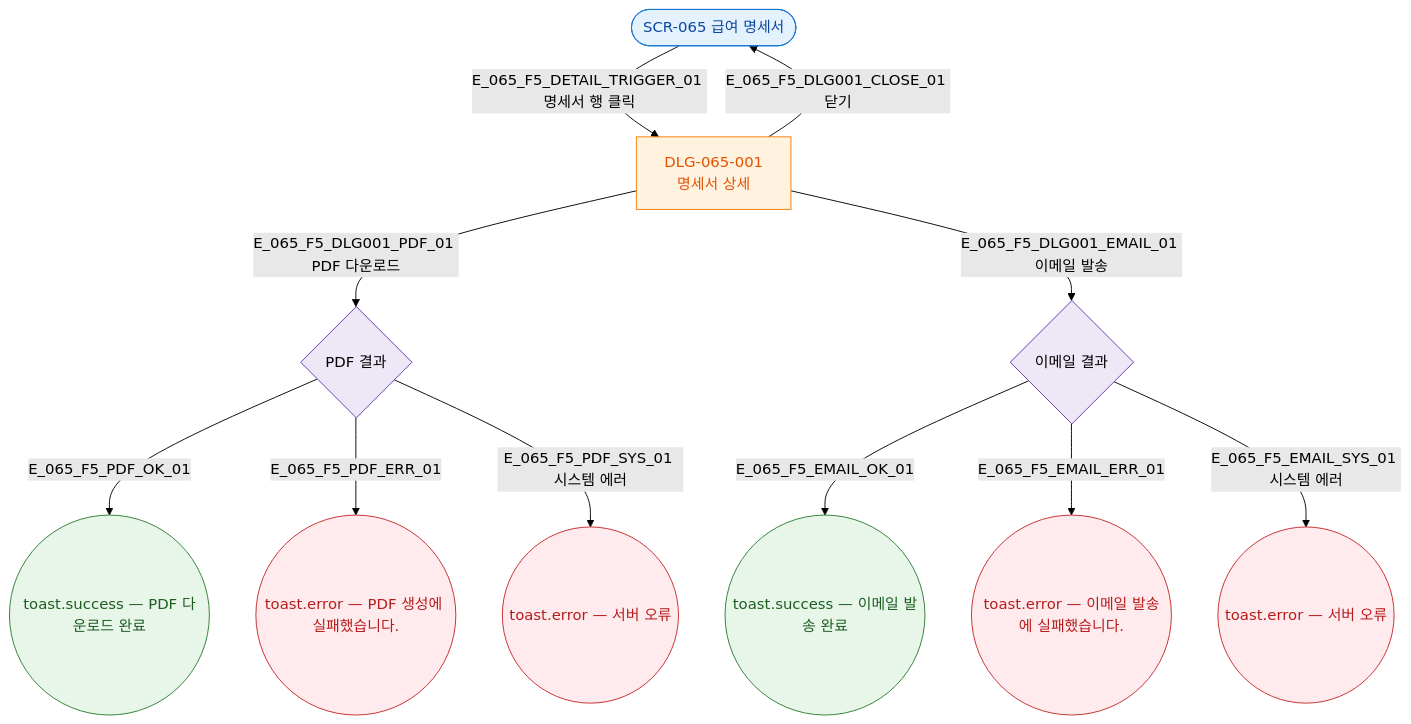
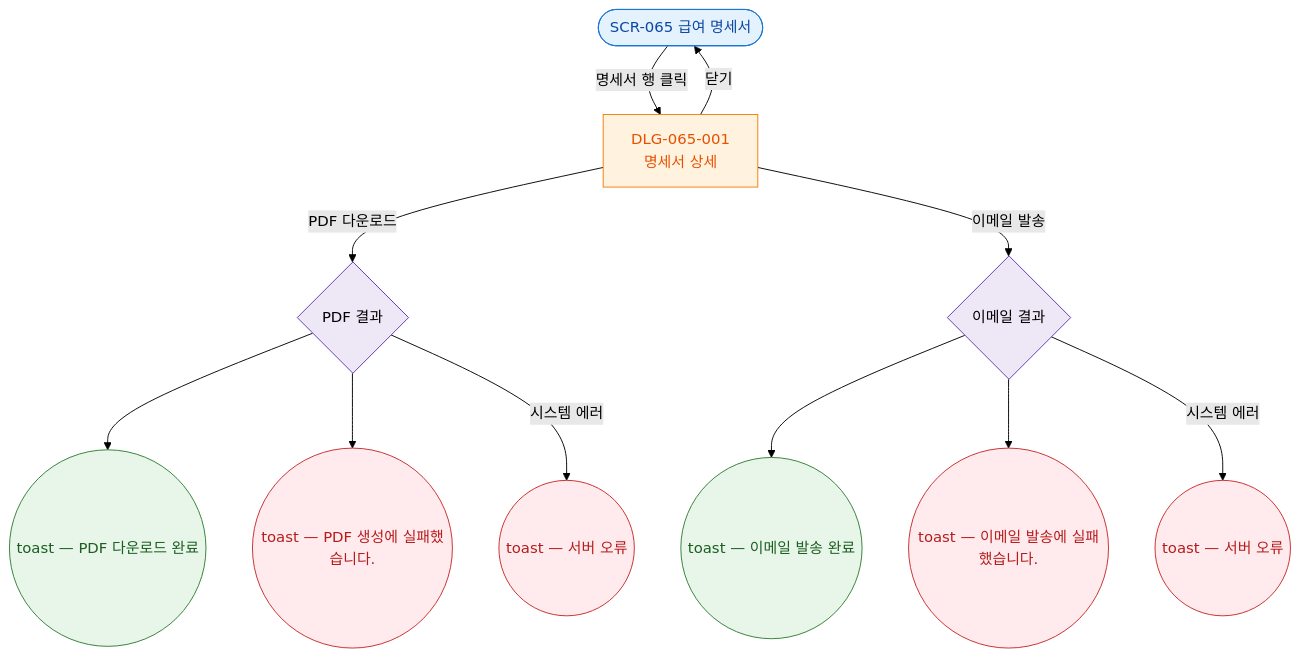
Before and after one commit to dev-spogym/admin-pando: the diagram in docs/다이어그램/D07_직원관리/SCR-065_급여명세서/F5_모달트리거.md, drawn with Mermaid (forest theme). The commit also changed other lines of this file and 1660 other files, not shown here.

First line of the commit message:
다이어그램: 기획자/클라이언트 납품본으로 정리

````diff
--- a/docs/다이어그램/D07_직원관리/SCR-065_급여명세서/F5_모달트리거.md
+++ b/docs/다이어그램/D07_직원관리/SCR-065_급여명세서/F5_모달트리거.md
@@ -14,29 +12,29 @@
 ```mermaid
 flowchart TD
   SCR_065([SCR-065 급여 명세서])
 
-  SCR_065 -->|E_065_F5_DETAIL_TRIGGER_01 명세서 행 클릭| DLG_065_001[DLG-065-001\n명세서 상세]
+  SCR_065 -->|명세서 행 클릭|DLG_065_001[DLG-065-001\n명세서 상세]
 
-  DLG_065_001 -->|E_065_F5_DLG001_CLOSE_01 닫기| SCR_065
-  DLG_065_001 -->|E_065_F5_DLG001_PDF_01 PDF 다운로드| PDF_RESULT{PDF 결과}
-  PDF_RESULT -->|E_065_F5_PDF_OK_01| TOAST_PDF_OK((toast.success — PDF 다운로드 완료))
-  PDF_RESULT -->|E_065_F5_PDF_ERR_01| TOAST_PDF_ERR((toast.error — PDF 생성에 실패했습니다.))
-  PDF_RESULT -->|E_065_F5_PDF_SYS_01 시스템 에러| TOAST_PDF_SYS((toast.error — 서버 오류))
+  DLG_065_001 -->|닫기|SCR_065
+  DLG_065_001 -->|PDF 다운로드|PDF_RESULT{PDF 결과}
+  PDF_RESULT --> TOAST_PDF_OK((toast — PDF 다운로드 완료))
+  PDF_RESULT --> TOAST_PDF_ERR((toast — PDF 생성에 실패했습니다.))
+  PDF_RESULT -->|시스템 에러|TOAST_PDF_SYS((toast — 서버 오류))
 
-  DLG_065_001 -->|E_065_F5_DLG001_EMAIL_01 이메일 발송| EMAIL_RESULT{이메일 결과}
-  EMAIL_RESULT -->|E_065_F5_EMAIL_OK_01| TOAST_EMAIL_OK((toast.success — 이메일 발송 완료))
-  EMAIL_RESULT -->|E_065_F5_EMAIL_ERR_01| TOAST_EMAIL_ERR((toast.error — 이메일 발송에 실패했습니다.))
-  EMAIL_RESULT -->|E_065_F5_EMAIL_SYS_01 시스템 에러| TOAST_EMAIL_SYS((toast.error — 서버 오류))
+  DLG_065_001 -->|이메일 발송|EMAIL_RESULT{이메일 결과}
+  EMAIL_RESULT --> TOAST_EMAIL_OK((toast — 이메일 발송 완료))
+  EMAIL_RESULT --> TOAST_EMAIL_ERR((toast — 이메일 발송에 실패했습니다.))
+  EMAIL_RESULT -->|시스템 에러|TOAST_EMAIL_SYS((toast — 서버 오류))
 
-  classDef screen  fill:#E3F2FD,stroke:#1976D2,color:#0D47A1
-  classDef modal   fill:#FFF3E0,stroke:#F57C00,color:#E65100
+  classDef screen fill:#E3F2FD,stroke:#1976D2,color:#0D47A1
+  classDef modal fill:#FFF3E0,stroke:#F57C00,color:#E65100
   classDef success fill:#E8F5E9,stroke:#2E7D32,color:#1B5E20
-  classDef error   fill:#FFEBEE,stroke:#C62828,color:#B71C1C
-  classDef system  fill:#EDE7F6,stroke:#5E35B2
+  classDef error fill:#FFEBEE,stroke:#C62828,color:#B71C1C
+  classDef system fill:#EDE7F6,stroke:#5E35B2
 
   class SCR_065 screen
   class DLG_065_001 modal
   class TOAST_PDF_OK,TOAST_EMAIL_OK success
   class TOAST_PDF_ERR,TOAST_PDF_SYS,TOAST_EMAIL_ERR,TOAST_EMAIL_SYS error
   class PDF_RESULT,EMAIL_RESULT system
 ```
````
